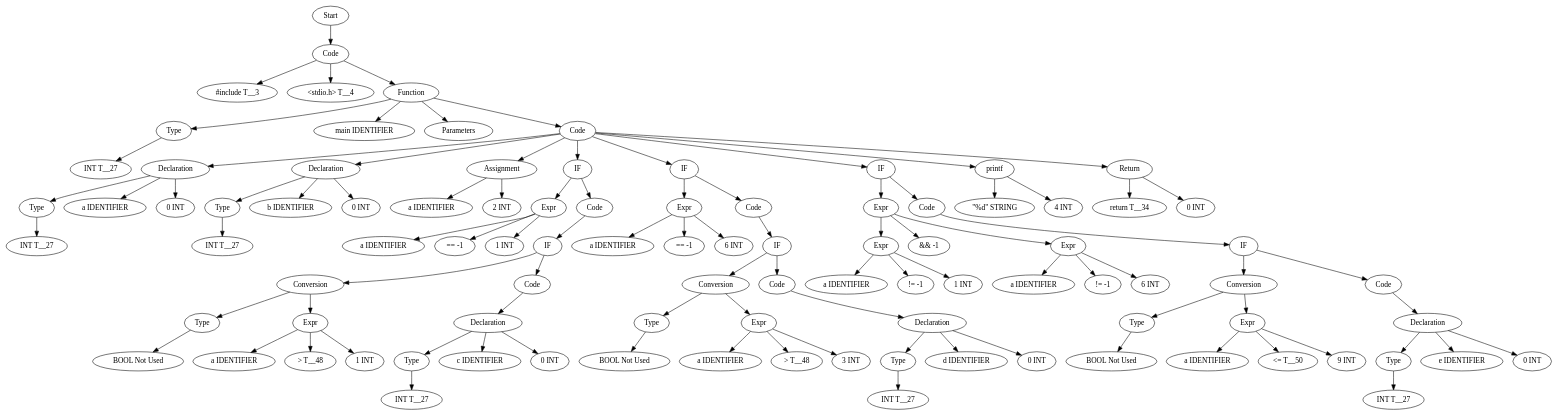
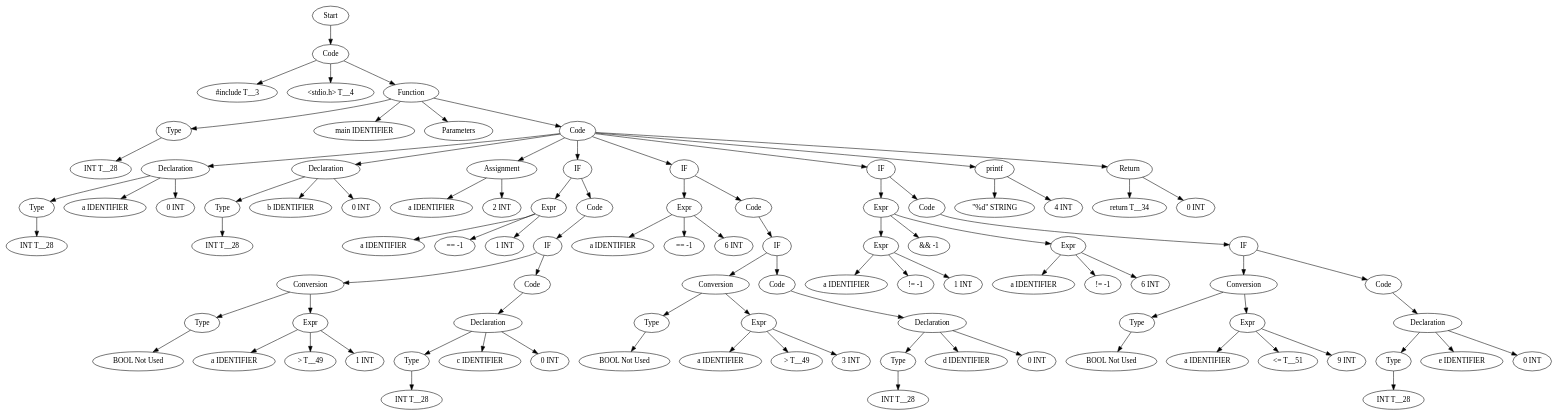
The diagram in TestCases/ASTTests/SwitchTests/createTests/read_file_after.dot (Are-you-listening/Compilers), drawn with Graphviz before and after one commit. The commit also changed 184 other files, not shown here.

```diff
--- a/TestCases/ASTTests/SwitchTests/createTests/read_file_after.dot
+++ b/TestCases/ASTTests/SwitchTests/createTests/read_file_after.dot
@@ -1,191 +1,191 @@
 digraph AST {
-  "138215739825872" [label="Start"];
-  "138215739825872" -> "138215739818960";
-  "138215739818960" [label="Code"];
-  "138215739818960" -> "138215739989520";
-  "138215739818960" -> "138215739986640";
-  "138215739818960" -> "138215739984864";
-  "138215739989520" [label="#include T__3"];
-  "138215739986640" [label="<stdio.h> T__4"];
-  "138215739984864" [label="Function"];
-  "138215739984864" -> "138215739984432";
-  "138215739984864" -> "138215739985152";
-  "138215739984864" -> "138215739990912";
-  "138215739984864" -> "138215739992544";
-  "138215739984432" [label="Type"];
-  "138215739984432" -> "138215739988464";
-  "138215739988464" [label="INT T__27"];
-  "138215739985152" [label="main IDENTIFIER"];
-  "138215739990912" [label="Parameters"];
-  "138215739992544" [label="Code"];
-  "138215739992544" -> "138215739989424";
-  "138215739992544" -> "138215739990192";
-  "138215739992544" -> "138215739985296";
-  "138215739992544" -> "138215739984240";
-  "138215739992544" -> "138215739985200";
-  "138215739992544" -> "138215739990240";
-  "138215739992544" -> "138215739994080";
-  "138215739992544" -> "138215739982608";
-  "138215739989424" [label="Declaration"];
-  "138215739989424" -> "138215739990960";
-  "138215739989424" -> "138215739985824";
-  "138215739989424" -> "138215739987360";
-  "138215739990960" [label="Type"];
-  "138215739990960" -> "138215739985584";
-  "138215739985584" [label="INT T__27"];
-  "138215739985824" [label="a IDENTIFIER"];
-  "138215739987360" [label="0 INT"];
-  "138215739990192" [label="Declaration"];
-  "138215739990192" -> "138215739988800";
-  "138215739990192" -> "138215739991440";
-  "138215739990192" -> "138215739986208";
-  "138215739988800" [label="Type"];
-  "138215739988800" -> "138215739985776";
-  "138215739985776" [label="INT T__27"];
-  "138215739991440" [label="b IDENTIFIER"];
-  "138215739986208" [label="0 INT"];
-  "138215739985296" [label="Assignment"];
-  "138215739985296" -> "138215739984720";
-  "138215739985296" -> "138215739987264";
-  "138215739984720" [label="a IDENTIFIER"];
-  "138215739987264" [label="2 INT"];
-  "138215739984240" [label="IF"];
-  "138215739984240" -> "138215739986736";
-  "138215739984240" -> "138215739986592";
-  "138215739986736" [label="Expr"];
-  "138215739986736" -> "138215739989808";
-  "138215739986736" -> "138215739988560";
-  "138215739986736" -> "138215739989760";
-  "138215739989808" [label="a IDENTIFIER"];
-  "138215739988560" [label="== -1"];
-  "138215739989760" [label="1 INT"];
-  "138215739986592" [label="Code"];
-  "138215739986592" -> "138215739987696";
-  "138215739987696" [label="IF"];
-  "138215739987696" -> "138215739992304";
-  "138215739987696" -> "138215739989712";
-  "138215739992304" [label="Conversion"];
-  "138215739992304" -> "138215739983040";
-  "138215739992304" -> "138215739988656";
-  "138215739983040" [label="Type"];
-  "138215739983040" -> "138215739993264";
-  "138215739993264" [label="BOOL Not Used"];
-  "138215739988656" [label="Expr"];
-  "138215739988656" -> "138215739987024";
-  "138215739988656" -> "138215739991056";
-  "138215739988656" -> "138215739982896";
-  "138215739987024" [label="a IDENTIFIER"];
-  "138215739991056" [label="> T__48"];
-  "138215739982896" [label="1 INT"];
-  "138215739989712" [label="Code"];
-  "138215739989712" -> "138215739991824";
-  "138215739991824" [label="Declaration"];
-  "138215739991824" -> "138215739992256";
-  "138215739991824" -> "138215739992928";
-  "138215739991824" -> "138215739991584";
-  "138215739992256" [label="Type"];
-  "138215739992256" -> "138215739989904";
-  "138215739989904" [label="INT T__27"];
-  "138215739992928" [label="c IDENTIFIER"];
-  "138215739991584" [label="0 INT"];
-  "138215739985200" [label="IF"];
-  "138215739985200" -> "138215739987648";
-  "138215739985200" -> "138215739987072";
-  "138215739987648" [label="Expr"];
-  "138215739987648" -> "138215739994464";
-  "138215739987648" -> "138215739993552";
-  "138215739987648" -> "138215739993744";
-  "138215739994464" [label="a IDENTIFIER"];
-  "138215739993552" [label="== -1"];
-  "138215739993744" [label="6 INT"];
-  "138215739987072" [label="Code"];
-  "138215739987072" -> "138215739994320";
-  "138215739994320" [label="IF"];
-  "138215739994320" -> "138215739994272";
-  "138215739994320" -> "138215739994512";
-  "138215739994272" [label="Conversion"];
-  "138215739994272" -> "138215739994608";
-  "138215739994272" -> "138215739995184";
-  "138215739994608" [label="Type"];
-  "138215739994608" -> "138215739995376";
-  "138215739995376" [label="BOOL Not Used"];
-  "138215739995184" [label="Expr"];
-  "138215739995184" -> "138215739993984";
-  "138215739995184" -> "138215739992688";
-  "138215739995184" -> "138215739983232";
-  "138215739993984" [label="a IDENTIFIER"];
-  "138215739992688" [label="> T__48"];
-  "138215739983232" [label="3 INT"];
-  "138215739994512" [label="Code"];
-  "138215739994512" -> "138215739982416";
-  "138215739982416" [label="Declaration"];
-  "138215739982416" -> "138215739982080";
-  "138215739982416" -> "138215739993360";
-  "138215739982416" -> "138215739991776";
-  "138215739982080" [label="Type"];
-  "138215739982080" -> "138215739994032";
-  "138215739994032" [label="INT T__27"];
-  "138215739993360" [label="d IDENTIFIER"];
-  "138215739991776" [label="0 INT"];
-  "138215739990240" [label="IF"];
-  "138215739990240" -> "138215739994416";
-  "138215739990240" -> "138215739995280";
-  "138215739994416" [label="Expr"];
-  "138215739994416" -> "138215739983328";
-  "138215739994416" -> "138215739994128";
-  "138215739994416" -> "138215739995136";
-  "138215739983328" [label="Expr"];
-  "138215739983328" -> "138215739994992";
-  "138215739983328" -> "138215739995040";
-  "138215739983328" -> "138215739994944";
-  "138215739994992" [label="a IDENTIFIER"];
-  "138215739995040" [label="!= -1"];
-  "138215739994944" [label="1 INT"];
-  "138215739994128" [label="&& -1"];
-  "138215739995136" [label="Expr"];
-  "138215739995136" -> "138215739982704";
-  "138215739995136" -> "138215739983664";
-  "138215739995136" -> "138215739991728";
-  "138215739982704" [label="a IDENTIFIER"];
-  "138215739983664" [label="!= -1"];
-  "138215739991728" [label="6 INT"];
-  "138215739995280" [label="Code"];
-  "138215739995280" -> "138215739991968";
-  "138215739991968" [label="IF"];
-  "138215739991968" -> "138215739982368";
-  "138215739991968" -> "138215739995232";
-  "138215739982368" [label="Conversion"];
-  "138215739982368" -> "138215739996096";
-  "138215739982368" -> "138215739996240";
-  "138215739996096" [label="Type"];
-  "138215739996096" -> "138215739996288";
-  "138215739996288" [label="BOOL Not Used"];
-  "138215739996240" [label="Expr"];
-  "138215739996240" -> "138215739996480";
-  "138215739996240" -> "138215739996144";
-  "138215739996240" -> "138215739996192";
-  "138215739996480" [label="a IDENTIFIER"];
-  "138215739996144" [label="<= T__50"];
-  "138215739996192" [label="9 INT"];
-  "138215739995232" [label="Code"];
-  "138215739995232" -> "138215739996048";
-  "138215739996048" [label="Declaration"];
-  "138215739996048" -> "138215739995856";
-  "138215739996048" -> "138215739995712";
-  "138215739996048" -> "138215739995808";
-  "138215739995856" [label="Type"];
-  "138215739995856" -> "138215739995760";
-  "138215739995760" [label="INT T__27"];
-  "138215739995712" [label="e IDENTIFIER"];
-  "138215739995808" [label="0 INT"];
-  "138215739994080" [label="printf"];
-  "138215739994080" -> "138215739982800";
-  "138215739994080" -> "138215739996576";
-  "138215739982800" [label="\"%d\" STRING"];
-  "138215739996576" [label="4 INT"];
-  "138215739982608" [label="Return"];
-  "138215739982608" -> "138215739995472";
-  "138215739982608" -> "138215739995424";
-  "138215739995472" [label="return T__34"];
-  "138215739995424" [label="0 INT"];
+  "128481920696032" [label="Start"];
+  "128481920696032" -> "128481920684416";
+  "128481920684416" [label="Code"];
+  "128481920684416" -> "128481920695936";
+  "128481920684416" -> "128481920683264";
+  "128481920684416" -> "128481920688880";
+  "128481920695936" [label="#include T__3"];
+  "128481920683264" [label="<stdio.h> T__4"];
+  "128481920688880" [label="Function"];
+  "128481920688880" -> "128481920688832";
+  "128481920688880" -> "128481920694928";
+  "128481920688880" -> "128481920692336";
+  "128481920688880" -> "128481920693440";
+  "128481920688832" [label="Type"];
+  "128481920688832" -> "128481920690368";
+  "128481920690368" [label="INT T__28"];
+  "128481920694928" [label="main IDENTIFIER"];
+  "128481920692336" [label="Parameters"];
+  "128481920693440" [label="Code"];
+  "128481920693440" -> "128481920695408";
+  "128481920693440" -> "128481920690800";
+  "128481920693440" -> "128481920684080";
+  "128481920693440" -> "128481920898320";
+  "128481920693440" -> "128481920895536";
+  "128481920693440" -> "128481920897360";
+  "128481920693440" -> "128481920894864";
+  "128481920693440" -> "128481920901008";
+  "128481920695408" [label="Declaration"];
+  "128481920695408" -> "128481920693872";
+  "128481920695408" -> "128481920693344";
+  "128481920695408" -> "128481920680480";
+  "128481920693872" [label="Type"];
+  "128481920693872" -> "128481920682592";
+  "128481920682592" [label="INT T__28"];
+  "128481920693344" [label="a IDENTIFIER"];
+  "128481920680480" [label="0 INT"];
+  "128481920690800" [label="Declaration"];
+  "128481920690800" -> "128481920694832";
+  "128481920690800" -> "128481920897168";
+  "128481920690800" -> "128481920894672";
+  "128481920694832" [label="Type"];
+  "128481920694832" -> "128481920894240";
+  "128481920894240" [label="INT T__28"];
+  "128481920897168" [label="b IDENTIFIER"];
+  "128481920894672" [label="0 INT"];
+  "128481920684080" [label="Assignment"];
+  "128481920684080" -> "128481920902928";
+  "128481920684080" -> "128481920896784";
+  "128481920902928" [label="a IDENTIFIER"];
+  "128481920896784" [label="2 INT"];
+  "128481920898320" [label="IF"];
+  "128481920898320" -> "128481920894960";
+  "128481920898320" -> "128481920897504";
+  "128481920894960" [label="Expr"];
+  "128481920894960" -> "128481920898512";
+  "128481920894960" -> "128481920898368";
+  "128481920894960" -> "128481920897456";
+  "128481920898512" [label="a IDENTIFIER"];
+  "128481920898368" [label="== -1"];
+  "128481920897456" [label="1 INT"];
+  "128481920897504" [label="Code"];
+  "128481920897504" -> "128481920898992";
+  "128481920898992" [label="IF"];
+  "128481920898992" -> "128481920898416";
+  "128481920898992" -> "128481920897216";
+  "128481920898416" [label="Conversion"];
+  "128481920898416" -> "128481920894816";
+  "128481920898416" -> "128481920902976";
+  "128481920894816" [label="Type"];
+  "128481920894816" -> "128481920895104";
+  "128481920895104" [label="BOOL Not Used"];
+  "128481920902976" [label="Expr"];
+  "128481920902976" -> "128481920899136";
+  "128481920902976" -> "128481920895008";
+  "128481920902976" -> "128481920895344";
+  "128481920899136" [label="a IDENTIFIER"];
+  "128481920895008" [label="> T__49"];
+  "128481920895344" [label="1 INT"];
+  "128481920897216" [label="Code"];
+  "128481920897216" -> "128481920893664";
+  "128481920893664" [label="Declaration"];
+  "128481920893664" -> "128481920893856";
+  "128481920893664" -> "128481920894480";
+  "128481920893664" -> "128481920894576";
+  "128481920893856" [label="Type"];
+  "128481920893856" -> "128481920894528";
+  "128481920894528" [label="INT T__28"];
+  "128481920894480" [label="c IDENTIFIER"];
+  "128481920894576" [label="0 INT"];
+  "128481920895536" [label="IF"];
+  "128481920895536" -> "128481920897408";
+  "128481920895536" -> "128481920896640";
+  "128481920897408" [label="Expr"];
+  "128481920897408" -> "128481920893808";
+  "128481920897408" -> "128481920894720";
+  "128481920897408" -> "128481920894768";
+  "128481920893808" [label="a IDENTIFIER"];
+  "128481920894720" [label="== -1"];
+  "128481920894768" [label="6 INT"];
+  "128481920896640" [label="Code"];
+  "128481920896640" -> "128481920893904";
+  "128481920893904" [label="IF"];
+  "128481920893904" -> "128481920894048";
+  "128481920893904" -> "128481920892992";
+  "128481920894048" [label="Conversion"];
+  "128481920894048" -> "128481920893424";
+  "128481920894048" -> "128481920893568";
+  "128481920893424" [label="Type"];
+  "128481920893424" -> "128481920893088";
+  "128481920893088" [label="BOOL Not Used"];
+  "128481920893568" [label="Expr"];
+  "128481920893568" -> "128481920902880";
+  "128481920893568" -> "128481920902832";
+  "128481920893568" -> "128481920902640";
+  "128481920902880" [label="a IDENTIFIER"];
+  "128481920902832" [label="> T__49"];
+  "128481920902640" [label="3 INT"];
+  "128481920892992" [label="Code"];
+  "128481920892992" -> "128481920900000";
+  "128481920900000" [label="Declaration"];
+  "128481920900000" -> "128481920900240";
+  "128481920900000" -> "128481920903504";
+  "128481920900000" -> "128481920903312";
+  "128481920900240" [label="Type"];
+  "128481920900240" -> "128481920901872";
+  "128481920901872" [label="INT T__28"];
+  "128481920903504" [label="d IDENTIFIER"];
+  "128481920903312" [label="0 INT"];
+  "128481920897360" [label="IF"];
+  "128481920897360" -> "128481920893952";
+  "128481920897360" -> "128481920893136";
+  "128481920893952" [label="Expr"];
+  "128481920893952" -> "128481920900384";
+  "128481920893952" -> "128481920900192";
+  "128481920893952" -> "128481920900960";
+  "128481920900384" [label="Expr"];
+  "128481920900384" -> "128481920902352";
+  "128481920900384" -> "128481920900912";
+  "128481920900384" -> "128481920900432";
+  "128481920902352" [label="a IDENTIFIER"];
+  "128481920900912" [label="!= -1"];
+  "128481920900432" [label="1 INT"];
+  "128481920900192" [label="&& -1"];
+  "128481920900960" [label="Expr"];
+  "128481920900960" -> "128481920901056";
+  "128481920900960" -> "128481920901104";
+  "128481920900960" -> "128481920901152";
+  "128481920901056" [label="a IDENTIFIER"];
+  "128481920901104" [label="!= -1"];
+  "128481920901152" [label="6 INT"];
+  "128481920893136" [label="Code"];
+  "128481920893136" -> "128481920900720";
+  "128481920900720" [label="IF"];
+  "128481920900720" -> "128481920899568";
+  "128481920900720" -> "128481920900096";
+  "128481920899568" [label="Conversion"];
+  "128481920899568" -> "128481920899664";
+  "128481920899568" -> "128481920903888";
+  "128481920899664" [label="Type"];
+  "128481920899664" -> "128481920899712";
+  "128481920899712" [label="BOOL Not Used"];
+  "128481920903888" [label="Expr"];
+  "128481920903888" -> "128481920901200";
+  "128481920903888" -> "128481920904368";
+  "128481920903888" -> "128481920904464";
+  "128481920901200" [label="a IDENTIFIER"];
+  "128481920904368" [label="<= T__51"];
+  "128481920904464" [label="9 INT"];
+  "128481920900096" [label="Code"];
+  "128481920900096" -> "128481920904560";
+  "128481920904560" [label="Declaration"];
+  "128481920904560" -> "128481920904752";
+  "128481920904560" -> "128481920904512";
+  "128481920904560" -> "128481920904320";
+  "128481920904752" [label="Type"];
+  "128481920904752" -> "128481920904416";
+  "128481920904416" [label="INT T__28"];
+  "128481920904512" [label="e IDENTIFIER"];
+  "128481920904320" [label="0 INT"];
+  "128481920894864" [label="printf"];
+  "128481920894864" -> "128481920899376";
+  "128481920894864" -> "128481920901392";
+  "128481920899376" [label="\"%d\" STRING"];
+  "128481920901392" [label="4 INT"];
+  "128481920901008" [label="Return"];
+  "128481920901008" -> "128481920904176";
+  "128481920901008" -> "128481920904032";
+  "128481920904176" [label="return T__34"];
+  "128481920904032" [label="0 INT"];
 }
```
